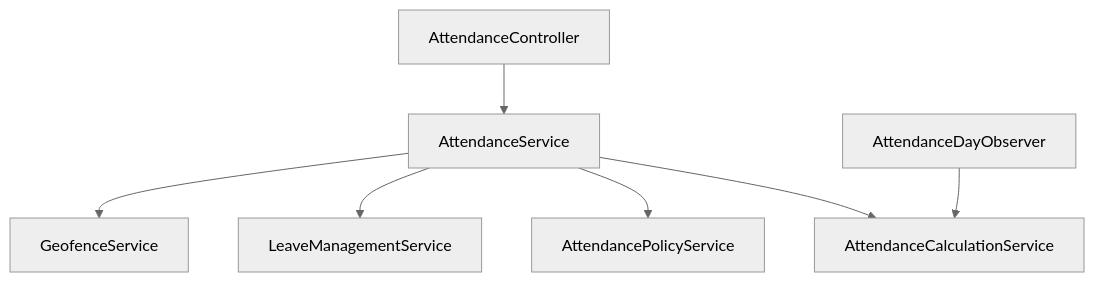
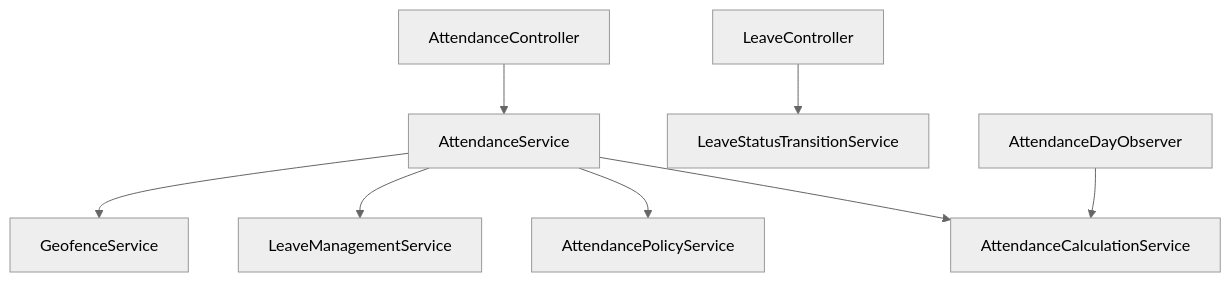
Before and after one commit to arpit0910/timeNest: the second of 3 diagrams in docs/architecture/attendance_architecture.md, drawn with Mermaid (neutral theme). The commit also changed other lines of this file and 12 other files, not shown here.

````diff
--- a/docs/architecture/attendance_architecture.md
+++ b/docs/architecture/attendance_architecture.md
@@ -48,9 +50,10 @@
 ```mermaid
 graph TD
     Controller[AttendanceController] --> AttendanceService[AttendanceService]
+    LeaveController[LeaveController] --> LeaveTransitionService[LeaveStatusTransitionService]
     AttendanceService --> GeofenceService[GeofenceService]
     AttendanceService --> LeaveService[LeaveManagementService]
     AttendanceService --> PolicyService[AttendancePolicyService]
     AttendanceService --> CalcService[AttendanceCalculationService]
     AttendanceDayObserver[AttendanceDayObserver] --> CalcService
 ```
````
